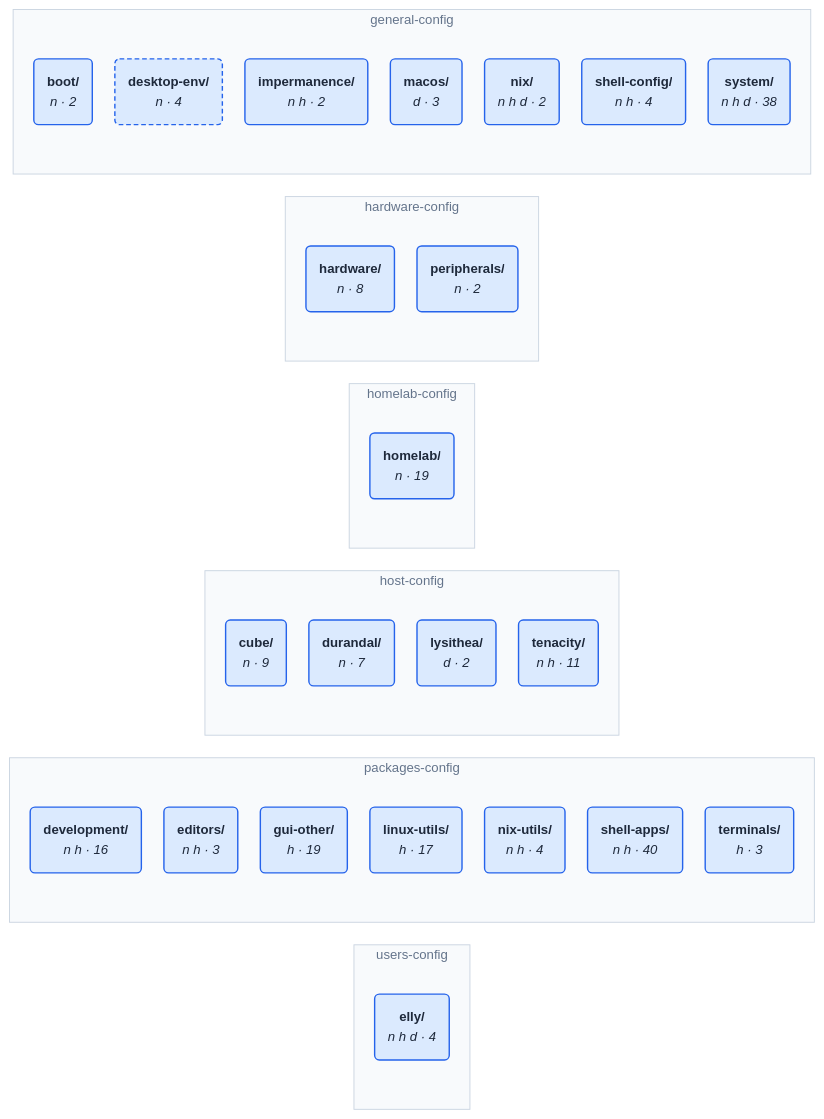
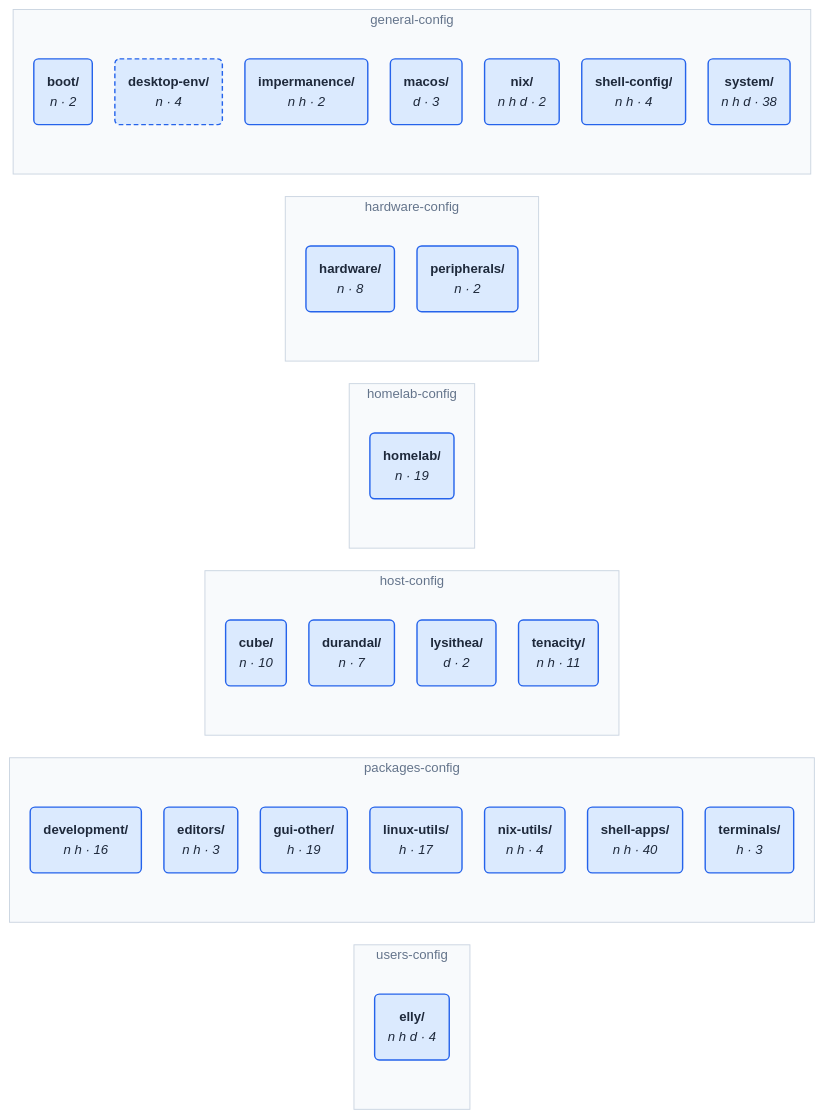
Before and after one commit to NireBryce/nixos-configs: the diagram in wiki/architecture.md, drawn with Mermaid. The commit also changed 1 other file, not shown here.

Commit message:
docs: regenerate module-layout and module-counts regions for claude-rc-cube

````diff
--- a/wiki/architecture.md
+++ b/wiki/architecture.md
@@ -98,54 +98,54 @@
 ```mermaid
 %%{init: {"theme": "base", "themeVariables": {"fontFamily": "ui-sans-serif, system-ui, sans-serif", "fontSize": "14px", "lineColor": "#94a3b8"}, "flowchart": {"curve": "basis", "nodeSpacing": 24, "rankSpacing": 80, "padding": 14}}}%%
 flowchart LR
     subgraph g0["users-config"]
         n27("<b>elly/</b><br/><i>n h d · 4</i>")
     end
     subgraph g1["packages-config"]
         n20("<b>development/</b><br/><i>n h · 16</i>")
         n21("<b>editors/</b><br/><i>n h · 3</i>")
         n22("<b>gui-other/</b><br/><i>h · 19</i>")
         n23("<b>linux-utils/</b><br/><i>h · 17</i>")
         n24("<b>nix-utils/</b><br/><i>n h · 4</i>")
         n25("<b>shell-apps/</b><br/><i>n h · 40</i>")
         n26("<b>terminals/</b><br/><i>h · 3</i>")
     end
     subgraph g2["host-config"]
-        n16("<b>cube/</b><br/><i>n · 9</i>")
+        n16("<b>cube/</b><br/><i>n · 10</i>")
         n17("<b>durandal/</b><br/><i>n · 7</i>")
         n18("<b>lysithea/</b><br/><i>d · 2</i>")
         n19("<b>tenacity/</b><br/><i>n h · 11</i>")
     end
     subgraph g3["homelab-config"]
         n15("<b>homelab/</b><br/><i>n · 19</i>")
     end
     subgraph g4["hardware-config"]
         n13("<b>hardware/</b><br/><i>n · 8</i>")
         n14("<b>peripherals/</b><br/><i>n · 2</i>")
     end
     subgraph g5["general-config"]
         n6("<b>boot/</b><br/><i>n · 2</i>")
         n7("<b>desktop-env/</b><br/><i>n · 4</i>")
         n8("<b>impermanence/</b><br/><i>n h · 2</i>")
         n9("<b>macos/</b><br/><i>d · 3</i>")
         n10("<b>nix/</b><br/><i>n h d · 2</i>")
         n11("<b>shell-config/</b><br/><i>n h · 4</i>")
         n12("<b>system/</b><br/><i>n h d · 38</i>")
     end
     style g0 fill:#f8fafc,stroke:#cbd5e1,color:#64748b
     style g1 fill:#f8fafc,stroke:#cbd5e1,color:#64748b
     style g2 fill:#f8fafc,stroke:#cbd5e1,color:#64748b
     style g3 fill:#f8fafc,stroke:#cbd5e1,color:#64748b
     style g4 fill:#f8fafc,stroke:#cbd5e1,color:#64748b
     style g5 fill:#f8fafc,stroke:#cbd5e1,color:#64748b
     classDef area fill:#f8fafc,stroke:#cbd5e1,color:#1e293b,stroke-width:1.5px
     classDef category fill:#dbeafe,stroke:#2563eb,color:#1e293b,stroke-width:1.5px
     classDef folder fill:#f1f5f9,stroke:#94a3b8,color:#1e293b,stroke-width:1.5px
     classDef module fill:#ffffff,stroke:#94a3b8,color:#1e293b,stroke-width:1.5px
     classDef aggregate fill:#ffffff,stroke:#f59e0b,color:#1e293b,stroke-width:1.5px
     classDef missing fill:#fee2e2,stroke:#ef4444,color:#1e293b,stroke-width:1.5px
     classDef orphan fill:#fff1f2,stroke:#e11d48,color:#1e293b,stroke-width:2.5px
     classDef bymodule stroke-dasharray:5 3
     class n6,n7,n8,n9,n10,n11,n12,n13,n14,n15,n16,n17,n18,n19,n20,n21,n22,n23,n24,n25,n26,n27 category
     class n7 bymodule
 ```
````
